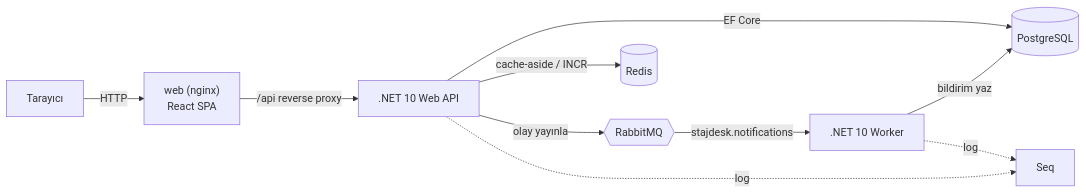
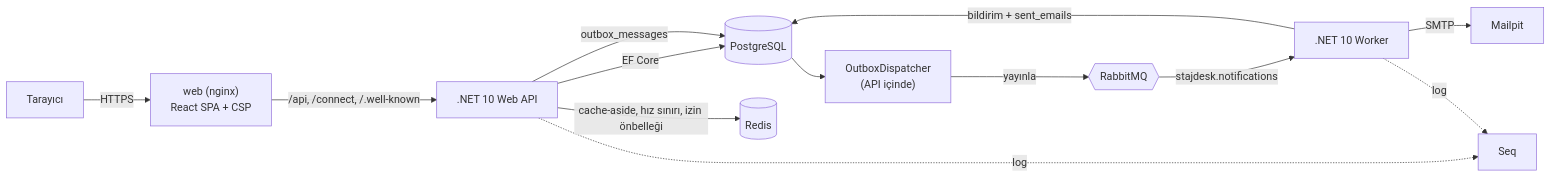
Before and after one commit to toygarkeskin/StajDesk: the first of 3 diagrams in docs/ARCHITECTURE.md, drawn with Mermaid. The commit also changed other lines of this file and 95 other files, not shown here.

First line of the commit message:
OAuth 2.0, rol/izin tabanlı yetki, CQRS ve outbox ile mimariyi güçlendir

````diff
--- a/docs/ARCHITECTURE.md
+++ b/docs/ARCHITECTURE.md
@@ -5,12 +5,15 @@
 ```mermaid
 flowchart LR
-    B[Tarayıcı] -->|HTTP| W["web (nginx)<br/>React SPA"]
-    W -->|/api reverse proxy| A[".NET 10 Web API"]
+    B[Tarayıcı] -->|HTTPS| W["web (nginx)<br/>React SPA + CSP"]
+    W -->|/api, /connect, /.well-known| A[".NET 10 Web API"]
     A -->|EF Core| P[(PostgreSQL)]
-    A -->|cache-aside / INCR| R[(Redis)]
-    A -->|olay yayınla| Q{{RabbitMQ}}
+    A -->|cache-aside, hız sınırı, izin önbelleği| R[(Redis)]
+    A -->|outbox_messages| P
+    D["OutboxDispatcher<br/>(API içinde)"] -->|yayınla| Q{{RabbitMQ}}
+    P --> D
     Q -->|stajdesk.notifications| K[".NET 10 Worker"]
-    K -->|bildirim yaz| P
+    K -->|bildirim + sent_emails| P
+    K -->|SMTP| M[Mailpit]
     A -. log .-> S[Seq]
     K -. log .-> S
 ```
````
